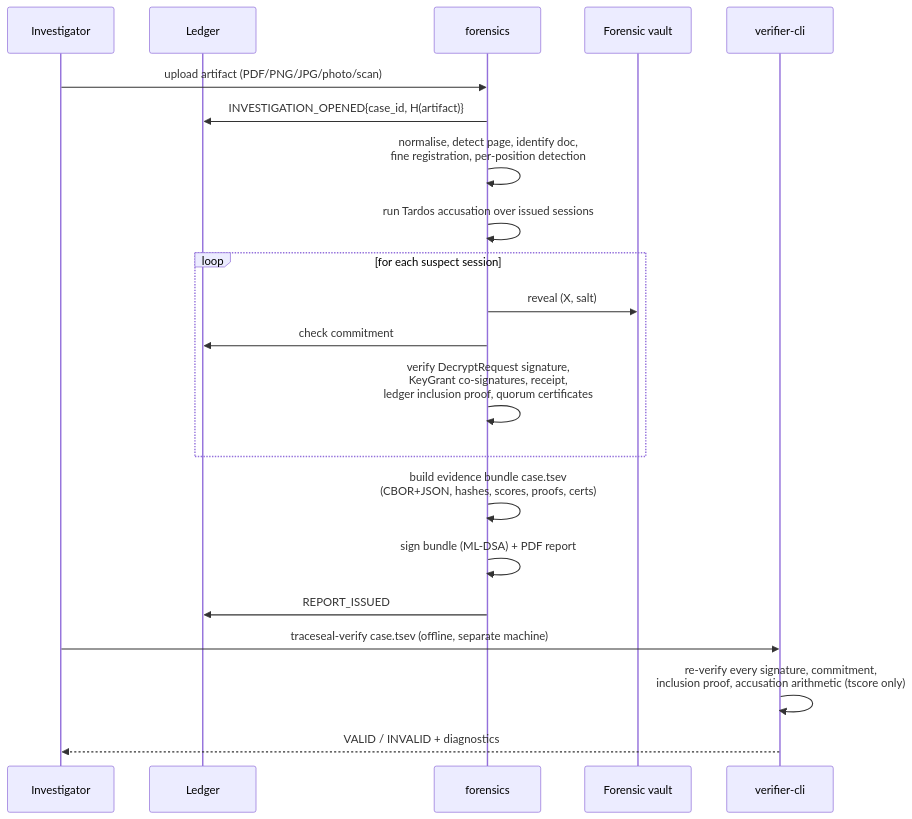
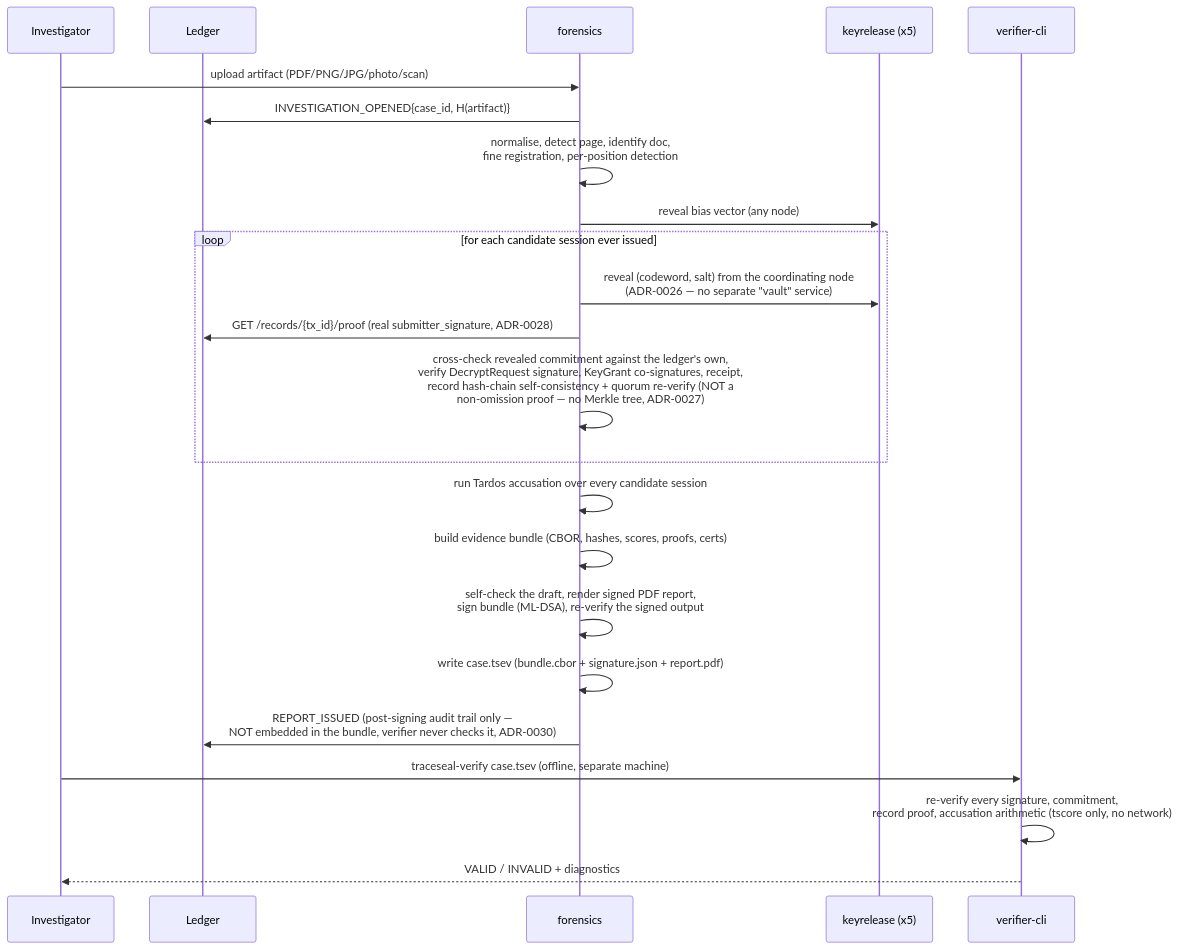
One commit to Keerthivasan-7/TraceSeal changed the seventh of 7 diagrams in docs/ARCHITECTURE.md. Above: the diagram before and after it, drawn with Mermaid. The commit also changed other lines of this file and 72 other files, not shown here.

````diff
--- a/docs/ARCHITECTURE.md
+++ b/docs/ARCHITECTURE.md
@@ -197,24 +269,26 @@
 ```mermaid
 sequenceDiagram
     participant Investigator
     participant Ledger
     participant Forensics as forensics
-    participant Vault as Forensic vault
+    participant KeyRelease as keyrelease (x5)
     participant Verifier as verifier-cli
 
     Investigator->>Forensics: upload artifact (PDF/PNG/JPG/photo/scan)
     Forensics->>Ledger: INVESTIGATION_OPENED{case_id, H(artifact)}
     Forensics->>Forensics: normalise, detect page, identify doc,<br/>fine registration, per-position detection
-    Forensics->>Forensics: run Tardos accusation over issued sessions
-    loop for each suspect session
-        Forensics->>Vault: reveal (X, salt)
-        Forensics->>Ledger: check commitment
-        Forensics->>Forensics: verify DecryptRequest signature,<br/>KeyGrant co-signatures, receipt,<br/>ledger inclusion proof, quorum certificates
+    Forensics->>KeyRelease: reveal bias vector (any node)
+    loop for each candidate session ever issued
+        Forensics->>KeyRelease: reveal (codeword, salt) from the coordinating node<br/>(ADR-0026 — no separate "vault" service)
+        Forensics->>Ledger: GET /records/{tx_id}/proof (real submitter_signature, ADR-0028)
+        Forensics->>Forensics: cross-check revealed commitment against the ledger's own,<br/>verify DecryptRequest signature, KeyGrant co-signatures, receipt,<br/>record hash-chain self-consistency + quorum re-verify (NOT a<br/>non-omission proof — no Merkle tree, ADR-0027)
     end
-    Forensics->>Forensics: build evidence bundle case.tsev<br/>(CBOR+JSON, hashes, scores, proofs, certs)
-    Forensics->>Forensics: sign bundle (ML-DSA) + PDF report
-    Forensics->>Ledger: REPORT_ISSUED
+    Forensics->>Forensics: run Tardos accusation over every candidate session
+    Forensics->>Forensics: build evidence bundle (CBOR, hashes, scores, proofs, certs)
+    Forensics->>Forensics: self-check the draft, render signed PDF report,<br/>sign bundle (ML-DSA), re-verify the signed output
+    Forensics->>Forensics: write case.tsev (bundle.cbor + signature.json + report.pdf)
+    Forensics->>Ledger: REPORT_ISSUED (post-signing audit trail only —<br/>NOT embedded in the bundle, verifier never checks it, ADR-0030)
     Investigator->>Verifier: traceseal-verify case.tsev (offline, separate machine)
-    Verifier->>Verifier: re-verify every signature, commitment,<br/>inclusion proof, accusation arithmetic (tscore only)
+    Verifier->>Verifier: re-verify every signature, commitment,<br/>record proof, accusation arithmetic (tscore only, no network)
     Verifier-->>Investigator: VALID / INVALID + diagnostics
 ```
````
